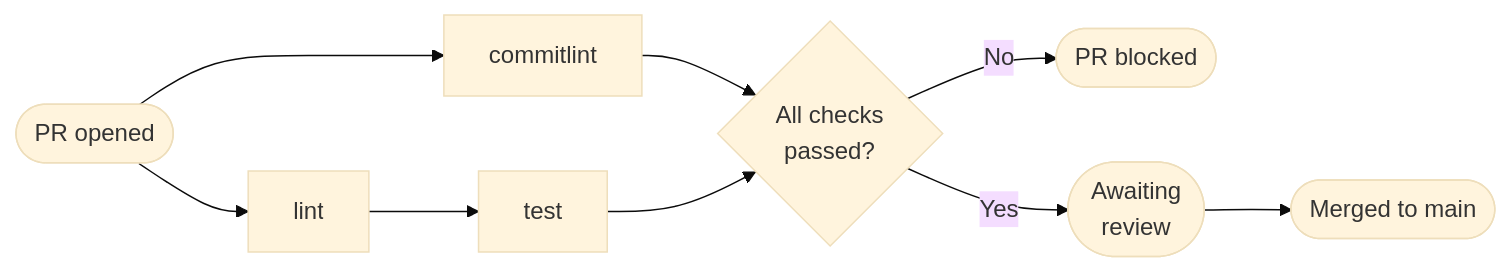
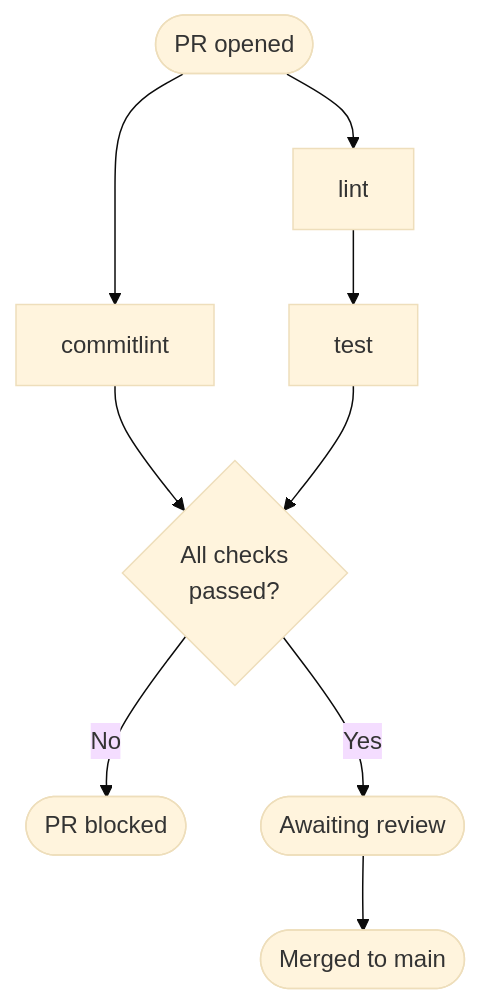
Before and after one commit to vsindevops/syssignals: the sixth of 6 diagrams in content/devops/30-days-devops/day-01-git-branching-strategies.md, drawn with Mermaid (base theme). The commit also changed other lines of this file and 57 other files, not shown here.

````diff
--- a/content/devops/30-days-devops/day-01-git-branching-strategies.md
+++ b/content/devops/30-days-devops/day-01-git-branching-strategies.md
@@ -608,11 +666,11 @@
 ```mermaid
-flowchart LR
+flowchart TD
     A([PR opened]) --> B[lint]
     A --> C[commitlint]
     B --> D[test]
     C --> E{All checks\npassed?}
     D --> E
     E -->|No| F([PR blocked])
-    E -->|Yes| G([Awaiting\nreview])
+    E -->|Yes| G([Awaiting review])
     G --> H([Merged to main])
 ```
````
